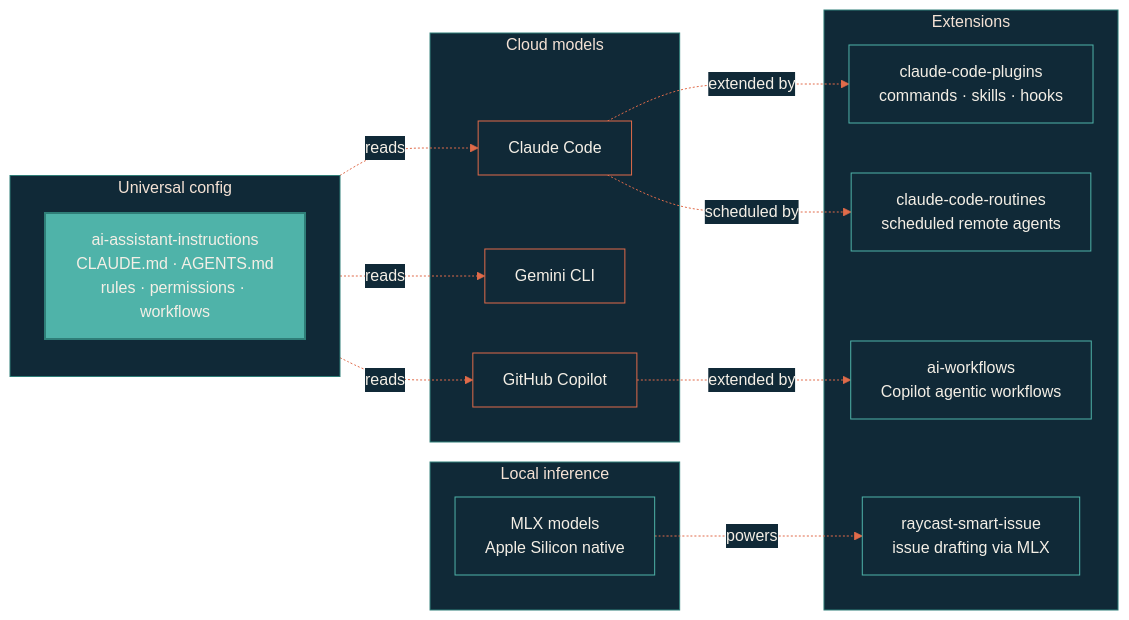
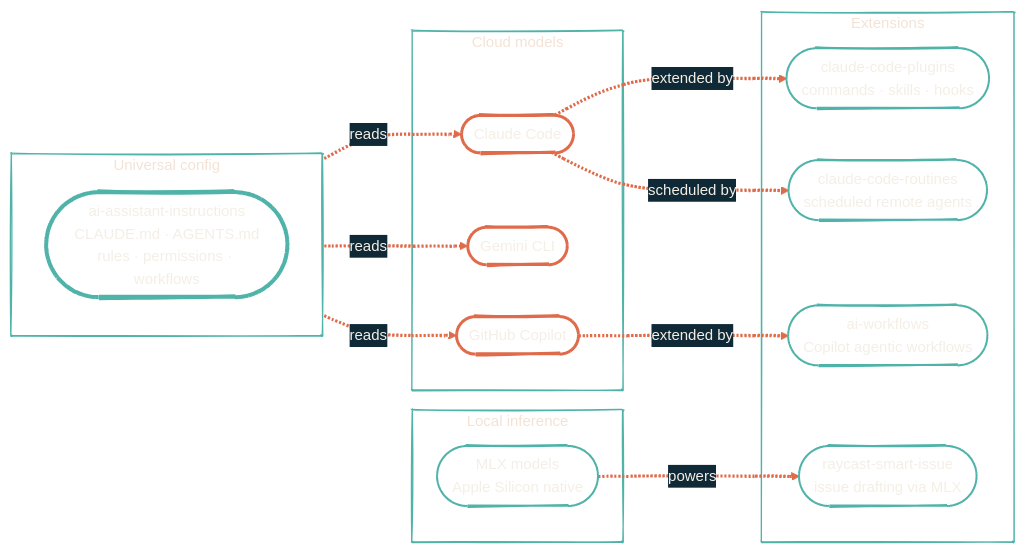
The diagram in ai-development/overview.mdx (dryvist/docs), drawn with Mermaid before and after one commit. The commit also changed 10 other files, not shown here.

First line of the commit message:
fix(diagrams): hand-drawn look + transparent fills across all 10 diagrams

````diff
--- a/ai-development/overview.mdx
+++ b/ai-development/overview.mdx
@@ -12,42 +12,44 @@
 ```mermaid
-%%{init: {'theme':'base','themeVariables':{'primaryColor':'#4FB3A9','primaryTextColor':'#F4EFE6','primaryBorderColor':'#2F7E78','lineColor':'#E06B4A','secondaryColor':'#102937','tertiaryColor':'#0B1D2A','clusterBkg':'#102937','clusterBorder':'#2F7E78'}}}%%
+%%{init: {'theme':'base','look':'handDrawn','themeVariables':{'primaryColor':'#4FB3A9','primaryTextColor':'#F4EFE6','primaryBorderColor':'#2F7E78','lineColor':'#E06B4A','secondaryColor':'#102937','tertiaryColor':'#0B1D2A','clusterBkg':'transparent','clusterBorder':'#4FB3A9','fontFamily':'Geist','fontSize':'15px'}}}%%
 flowchart LR
   subgraph Rules["Universal config"]
-    aai[ai-assistant-instructions<br/>CLAUDE.md · AGENTS.md<br/>rules · permissions · workflows]
+    aai(["ai-assistant-instructions<br/>CLAUDE.md · AGENTS.md<br/>rules · permissions · workflows"])
   end
 
   subgraph Cloud["Cloud models"]
-    Claude[Claude Code]
-    Gemini[Gemini CLI]
-    Copilot[GitHub Copilot]
+    Claude(["Claude Code"])
+    Gemini(["Gemini CLI"])
+    Copilot(["GitHub Copilot"])
   end
 
   subgraph Local["Local inference"]
-    MLX[MLX models<br/>Apple Silicon native]
+    MLX(["MLX models<br/>Apple Silicon native"])
   end
 
   subgraph Plugins["Extensions"]
-    ccp[claude-code-plugins<br/>commands · skills · hooks]
-    ccr[claude-code-routines<br/>scheduled remote agents]
-    aw[ai-workflows<br/>Copilot agentic workflows]
-    rsi[raycast-smart-issue<br/>issue drafting via MLX]
+    ccp(["claude-code-plugins<br/>commands · skills · hooks"])
+    ccr(["claude-code-routines<br/>scheduled remote agents"])
+    aw(["ai-workflows<br/>Copilot agentic workflows"])
+    rsi(["raycast-smart-issue<br/>issue drafting via MLX"])
   end
 
   Rules -.reads.-> Claude
   Rules -.reads.-> Gemini
   Rules -.reads.-> Copilot
   Claude -.extended by.-> ccp
   Claude -.scheduled by.-> ccr
   Copilot -.extended by.-> aw
   MLX -.powers.-> rsi
 
-  style aai fill:#4FB3A9,stroke:#2F7E78,stroke-width:2px,color:#F4EFE6
-  style Claude fill:#102937,stroke:#E06B4A,color:#F4EFE6
-  style Gemini fill:#102937,stroke:#E06B4A,color:#F4EFE6
-  style Copilot fill:#102937,stroke:#E06B4A,color:#F4EFE6
-  style MLX fill:#102937,stroke:#4FB3A9,color:#F4EFE6
-  style ccp fill:#102937,stroke:#4FB3A9,color:#F4EFE6
-  style ccr fill:#102937,stroke:#4FB3A9,color:#F4EFE6
-  style aw fill:#102937,stroke:#4FB3A9,color:#F4EFE6
-  style rsi fill:#102937,stroke:#4FB3A9,color:#F4EFE6
+  style aai fill:transparent,stroke:#4FB3A9,stroke-width:4px,color:#F4EFE6
+  style Claude fill:transparent,stroke:#E06B4A,stroke-width:3px,color:#F4EFE6
+  style Gemini fill:transparent,stroke:#E06B4A,stroke-width:3px,color:#F4EFE6
+  style Copilot fill:transparent,stroke:#E06B4A,stroke-width:3px,color:#F4EFE6
+  style MLX fill:transparent,stroke:#4FB3A9,stroke-width:2px,color:#F4EFE6
+  style ccp fill:transparent,stroke:#4FB3A9,stroke-width:2px,color:#F4EFE6
+  style ccr fill:transparent,stroke:#4FB3A9,stroke-width:2px,color:#F4EFE6
+  style aw fill:transparent,stroke:#4FB3A9,stroke-width:2px,color:#F4EFE6
+  style rsi fill:transparent,stroke:#4FB3A9,stroke-width:2px,color:#F4EFE6
+
+  linkStyle default stroke:#E06B4A,stroke-width:3px
 ```
````
